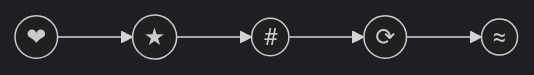
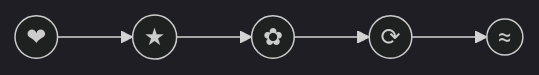
One commit to GreatBahram/5-minute-git changed the second of 4 diagrams in notes/27-git-merge.md. Above: the diagram before and after it, drawn with Mermaid (dark theme). The commit also changed other lines of this file, not shown here.

````diff
--- a/notes/27-git-merge.md
+++ b/notes/27-git-merge.md
@@ -24,4 +24,4 @@
 ```mermaid
 graph LR;
-    A((❤)) --> B((★)) --> C((#)) --> D((⟳)) --> E((≈));
+    A((❤)) --> B((★)) --> C((✿)) --> D((⟳)) --> E((≈));
 ```
````
